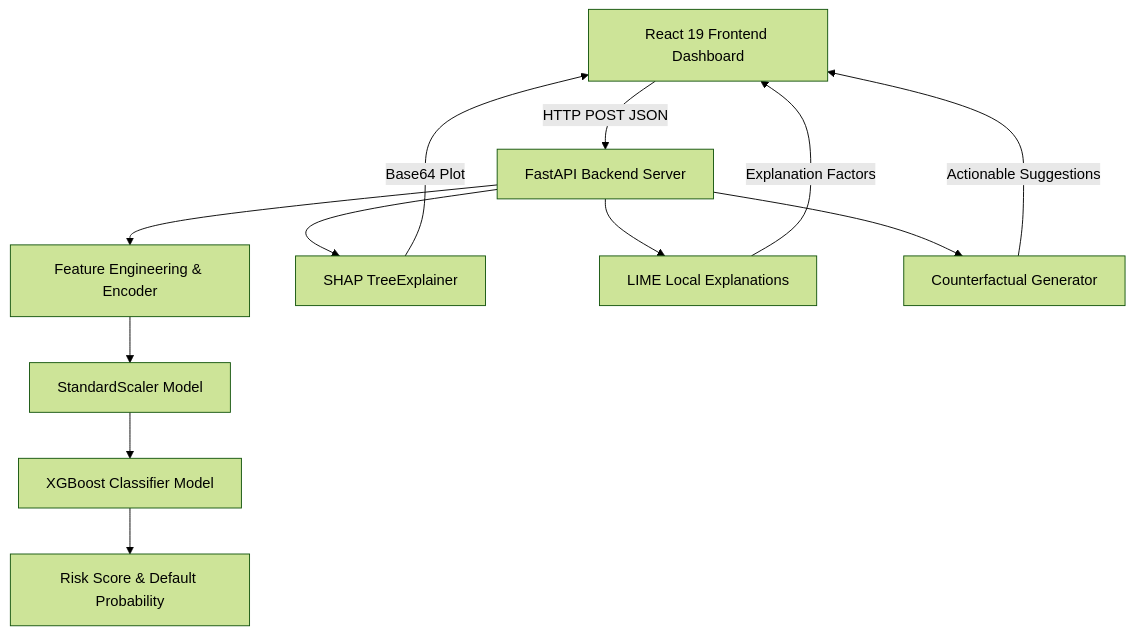
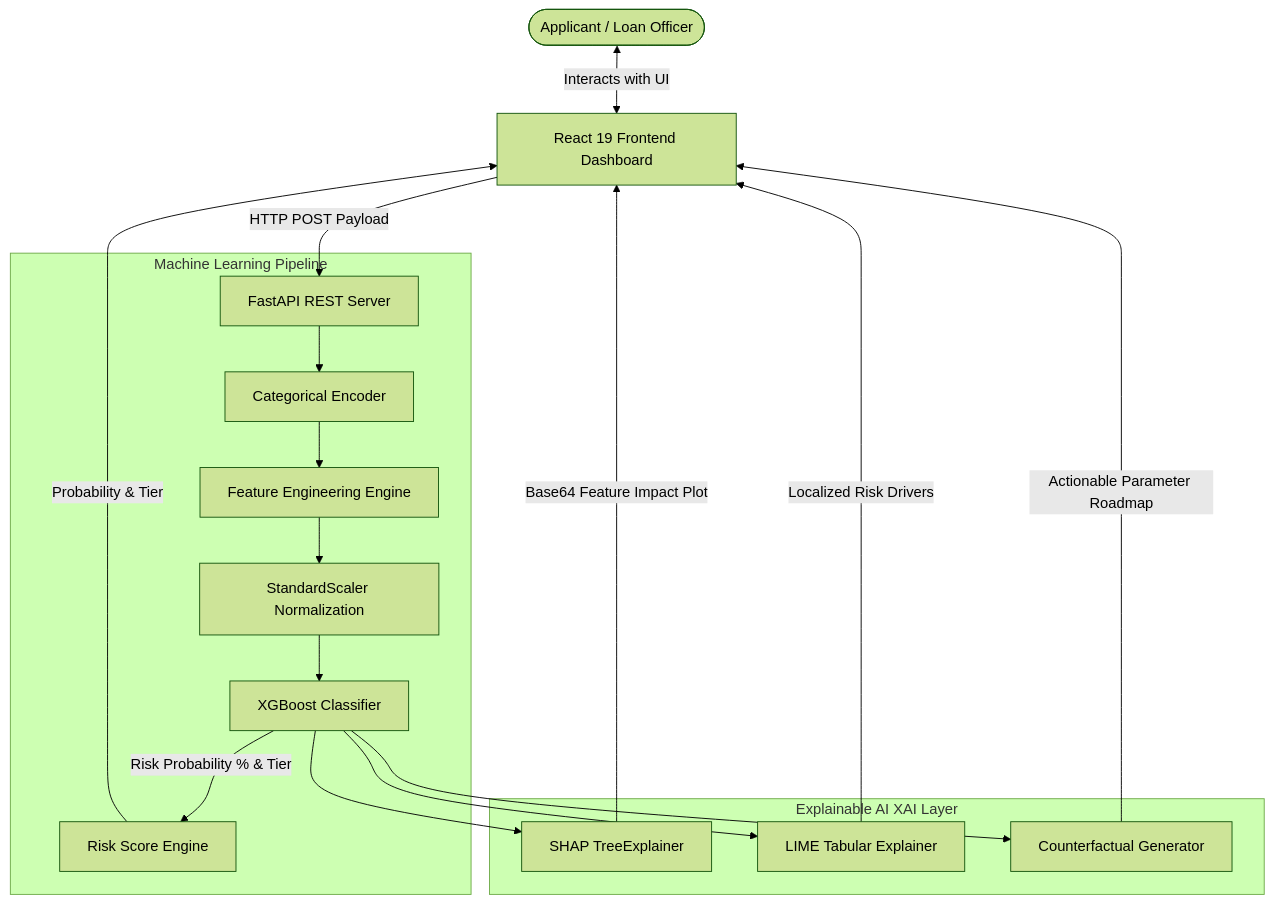
The diagram in README.md (Premkumar3406/credit-risk-prediction), drawn with Mermaid (forest theme) before and after one commit. The commit also changed other lines of this file, not shown here.

Commit message:
Update README.md with comprehensive Final Year Project documentation, architecture, and live demo link

````diff
--- a/README.md
+++ b/README.md
@@ -33,14 +48,24 @@
 ```mermaid
 graph TD
-    A[React 19 Frontend Dashboard] -->|HTTP POST JSON| B[FastAPI Backend Server]
-    B --> C[Feature Engineering & Encoder]
-    C --> D[StandardScaler Model]
-    D --> E[XGBoost Classifier Model]
-    E --> F[Risk Score & Default Probability]
-    B --> G[SHAP TreeExplainer]
-    B --> H[LIME Local Explanations]
-    B --> I[Counterfactual Generator]
-    G -->|Base64 Plot| A
-    H -->|Explanation Factors| A
-    I -->|Actionable Suggestions| A
+    User([Applicant / Loan Officer]) <-->|Interacts with UI| A[React 19 Frontend Dashboard]
+    A -->|HTTP POST Payload| B[FastAPI REST Server]
+    
+    subgraph Machine Learning Pipeline
+        B --> C[Categorical Encoder]
+        C --> D[Feature Engineering Engine]
+        D --> E[StandardScaler Normalization]
+        E --> F[XGBoost Classifier]
+        F -->|Risk Probability % & Tier| G[Risk Score Engine]
+    end
+
+    subgraph Explainable AI XAI Layer
+        F --> H[SHAP TreeExplainer]
+        F --> I[LIME Tabular Explainer]
+        F --> J[Counterfactual Generator]
+    end
+
+    G -->|Probability & Tier| A
+    H -->|Base64 Feature Impact Plot| A
+    I -->|Localized Risk Drivers| A
+    J -->|Actionable Parameter Roadmap| A
 ```
````
